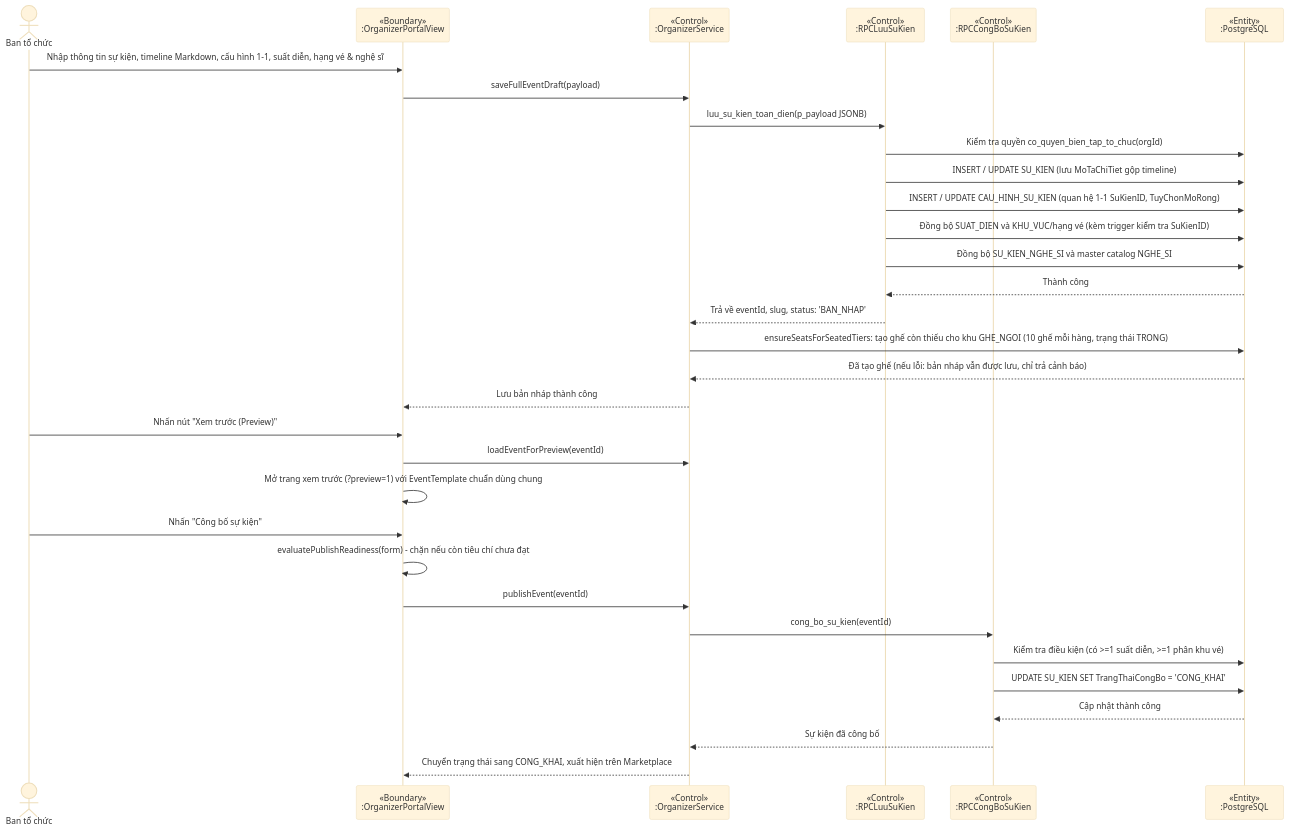
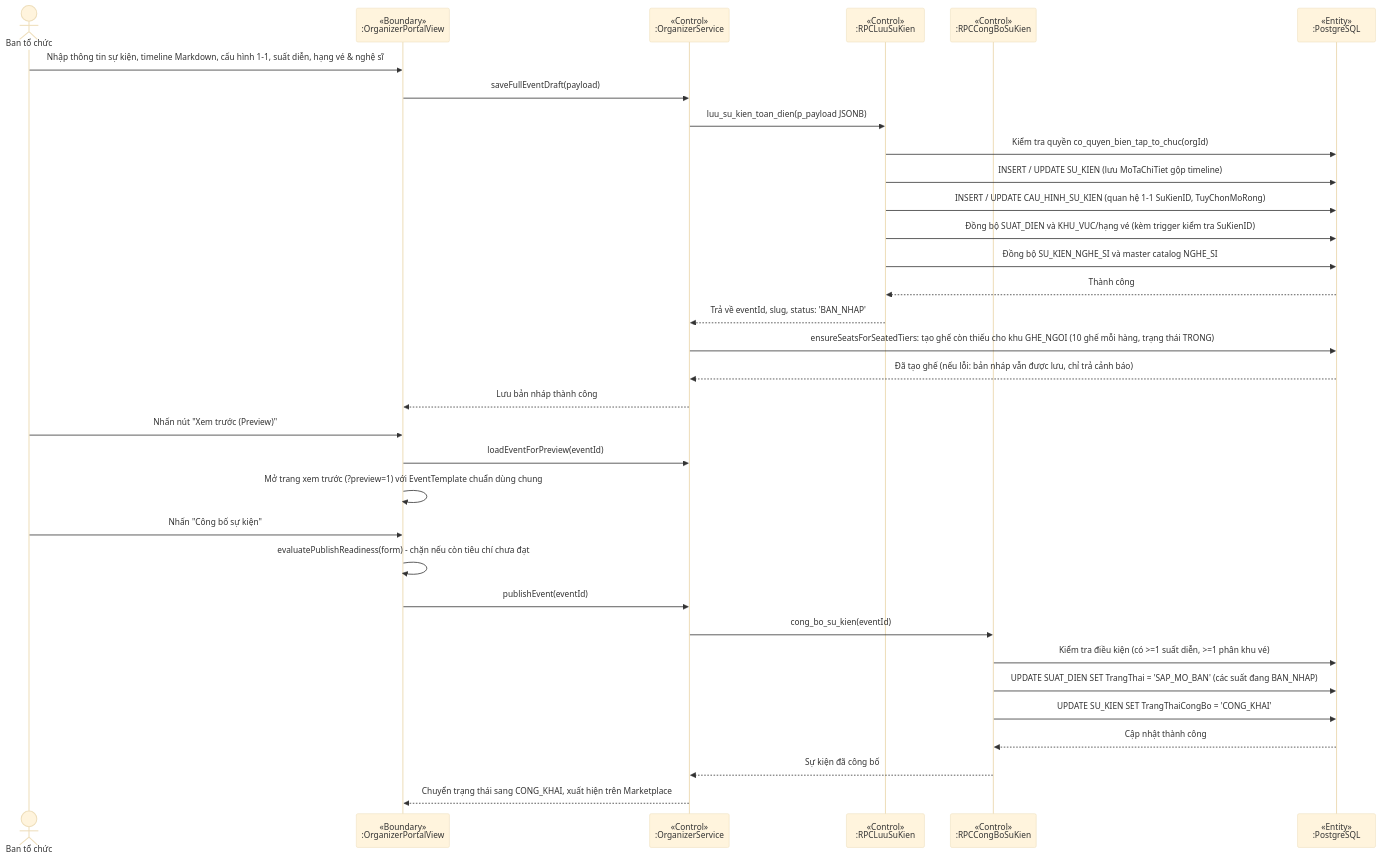
One commit to minhdc2011/EVENTTICKETING changed diagram 13 of 16 in docs/sprint1-deliverables/02_ANALYSIS_AND_SYSTEM_DESIGN.md. Above: the diagram before and after it, drawn with Mermaid (base theme). The commit also changed other lines of this file and 1 other file, not shown here.

Commit message:
docs: sua anh xa lop/ma tran UC-ERD-Class va SD-04 cho khop code (PHIEN_BAN_SO_DO, CAU_HINH_SU_KIEN, GHE, GIU_CHO, SAP_MO_BAN)

````diff
--- a/docs/sprint1-deliverables/02_ANALYSIS_AND_SYSTEM_DESIGN.md
+++ b/docs/sprint1-deliverables/02_ANALYSIS_AND_SYSTEM_DESIGN.md
@@ -926,37 +926,38 @@
 ```mermaid
 sequenceDiagram
   actor O as Ban tổ chức
   participant UI as «Boundary»<br/>:OrganizerPortalView
   participant OS as «Control»<br/>:OrganizerService
   participant RPC_SAVE as «Control»<br/>:RPCLuuSuKien
   participant RPC_PUB as «Control»<br/>:RPCCongBoSuKien
   participant DB as «Entity»<br/>:PostgreSQL
 
   O->>UI: Nhập thông tin sự kiện, timeline Markdown, cấu hình 1-1, suất diễn, hạng vé & nghệ sĩ
   UI->>OS: saveFullEventDraft(payload)
   OS->>RPC_SAVE: luu_su_kien_toan_dien(p_payload JSONB)
   RPC_SAVE->>DB: Kiểm tra quyền co_quyen_bien_tap_to_chuc(orgId)
   RPC_SAVE->>DB: INSERT / UPDATE SU_KIEN (lưu MoTaChiTiet gộp timeline)
   RPC_SAVE->>DB: INSERT / UPDATE CAU_HINH_SU_KIEN (quan hệ 1-1 SuKienID, TuyChonMoRong)
   RPC_SAVE->>DB: Đồng bộ SUAT_DIEN và KHU_VUC/hạng vé (kèm trigger kiểm tra SuKienID)
   RPC_SAVE->>DB: Đồng bộ SU_KIEN_NGHE_SI và master catalog NGHE_SI
   DB-->>RPC_SAVE: Thành công
   RPC_SAVE-->>OS: Trả về eventId, slug, status: 'BAN_NHAP'
   OS->>DB: ensureSeatsForSeatedTiers: tạo ghế còn thiếu cho khu GHE_NGOI (10 ghế mỗi hàng, trạng thái TRONG)
   DB-->>OS: Đã tạo ghế (nếu lỗi: bản nháp vẫn được lưu, chỉ trả cảnh báo)
   OS-->>UI: Lưu bản nháp thành công
 
   O->>UI: Nhấn nút "Xem trước (Preview)"
   UI->>OS: loadEventForPreview(eventId)
   UI->>UI: Mở trang xem trước (?preview=1) với EventTemplate chuẩn dùng chung
 
   O->>UI: Nhấn "Công bố sự kiện"
   UI->>UI: evaluatePublishReadiness(form) - chặn nếu còn tiêu chí chưa đạt
   UI->>OS: publishEvent(eventId)
   OS->>RPC_PUB: cong_bo_su_kien(eventId)
   RPC_PUB->>DB: Kiểm tra điều kiện (có >=1 suất diễn, >=1 phân khu vé)
+  RPC_PUB->>DB: UPDATE SUAT_DIEN SET TrangThai = 'SAP_MO_BAN' (các suất đang BAN_NHAP)
   RPC_PUB->>DB: UPDATE SU_KIEN SET TrangThaiCongBo = 'CONG_KHAI'
   DB-->>RPC_PUB: Cập nhật thành công
   RPC_PUB-->>OS: Sự kiện đã công bố
   OS-->>UI: Chuyển trạng thái sang CONG_KHAI, xuất hiện trên Marketplace
 ```
````
